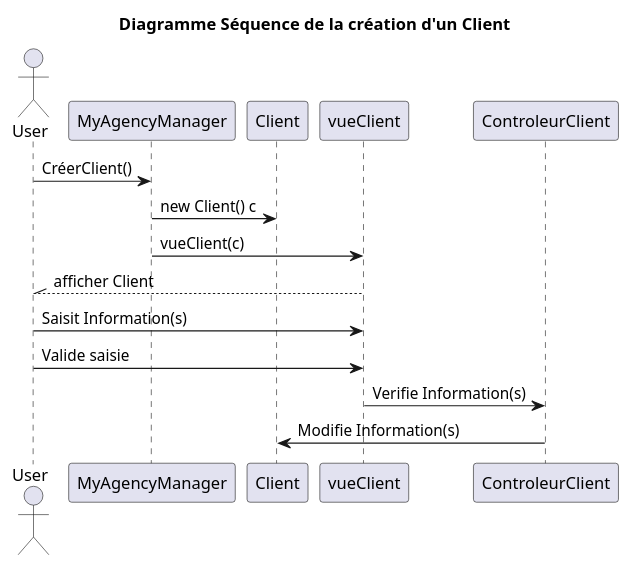
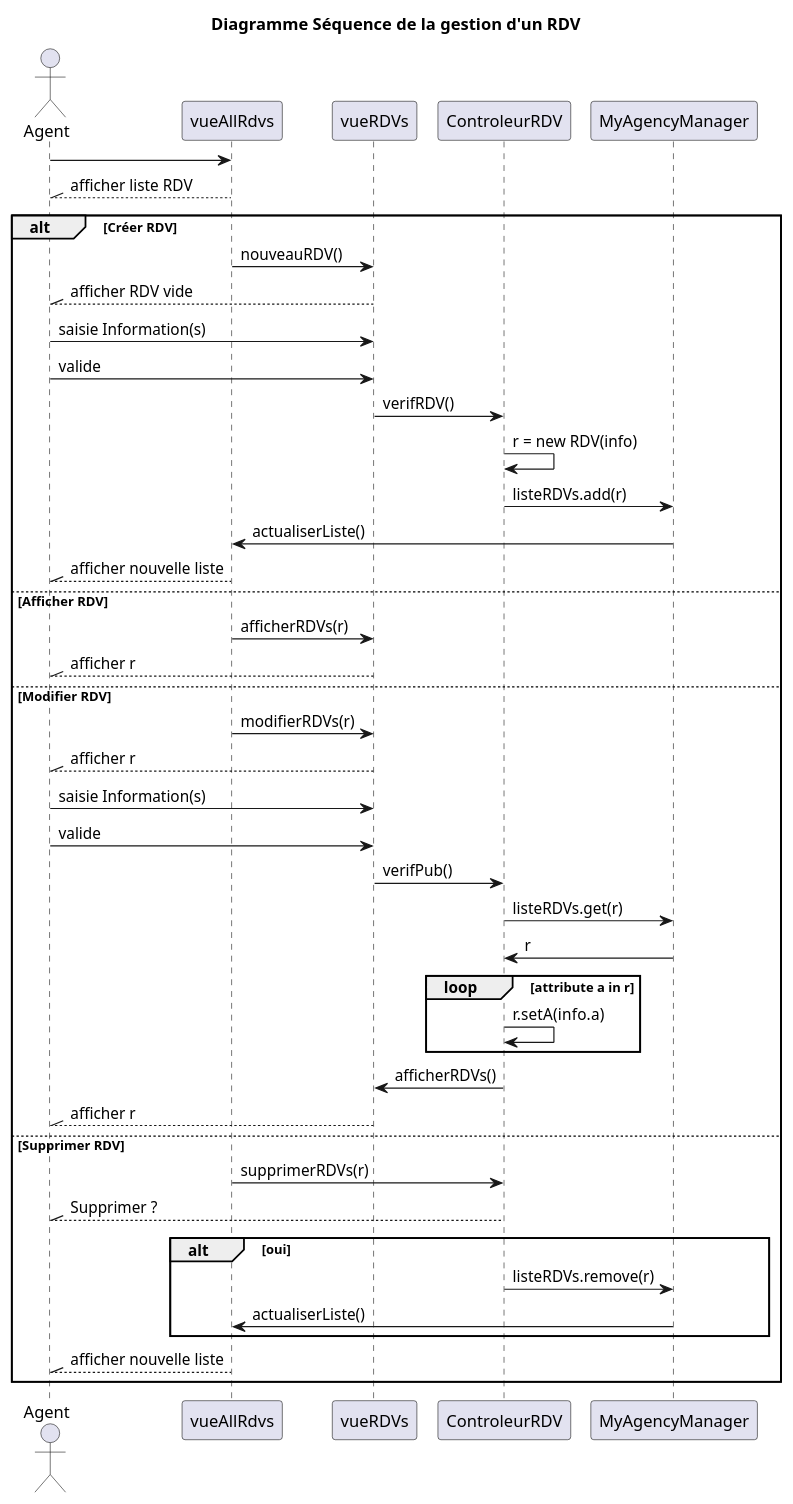
The diagram in DossierConception/SeqGererRDV.pu (Arnaud-Sibade-Tlse/ProjetUML_Miashs), drawn with PlantUML before and after one commit. The commit also changed 3 other files, not shown here.

Commit message:
SEQUENCE : Gestion Modele

```diff
--- a/DossierConception/SeqGererRDV.pu
+++ b/DossierConception/SeqGererRDV.pu
@@ -1,19 +1,63 @@
 @startuml
 
-title Diagramme Séquence de la création d'un Client
+title Diagramme Séquence de la gestion d'un RDV
 
-actor User as U
-U -> MyAgencyManager :CréerClient()
+actor Agent as A
 
-MyAgencyManager -> Client :new Client() c
 
-MyAgencyManager -> vueClient : vueClient(c)
+A -> vueAllRdvs 
+A //-- vueAllRdvs :afficher liste RDV
 
-U //-- vueClient :afficher Client
+alt Créer RDV
+vueAllRdvs -> vueRDVs :nouveauRDV()
 
-U -> vueClient :Saisit Information(s)
-U -> vueClient :Valide saisie
 
-vueClient -> ControleurClient :Verifie Information(s)
-ControleurClient -> Client :Modifie Information(s)
+A //-- vueRDVs :afficher RDV vide
+
+A -> vueRDVs : saisie Information(s)
+A -> vueRDVs : valide
+
+vueRDVs -> ControleurRDV : verifRDV()
+
+ControleurRDV -> ControleurRDV : r = new RDV(info)
+ControleurRDV -> MyAgencyManager : listeRDVs.add(r)
+
+MyAgencyManager -> vueAllRdvs : actualiserListe()
+
+A //-- vueAllRdvs : afficher nouvelle liste
+
+
+else Afficher RDV
+vueAllRdvs -> vueRDVs : afficherRDVs(r)
+A //-- vueRDVs :afficher r
+
+else Modifier RDV
+
+vueAllRdvs -> vueRDVs : modifierRDVs(r)
+A //-- vueRDVs :afficher r
+
+A -> vueRDVs : saisie Information(s)
+A -> vueRDVs : valide
+
+vueRDVs -> ControleurRDV : verifPub()
+
+ControleurRDV -> MyAgencyManager : listeRDVs.get(r)
+MyAgencyManager -> ControleurRDV : r
+
+loop attribute a in r
+ControleurRDV -> ControleurRDV :r.setA(info.a)
+end
+
+ControleurRDV -> vueRDVs : afficherRDVs()
+A //-- vueRDVs :afficher r
+else Supprimer RDV
+vueAllRdvs -> ControleurRDV : supprimerRDVs(r)
+A //-- ControleurRDV : Supprimer ?
+alt oui
+ControleurRDV -> MyAgencyManager : listeRDVs.remove(r)
+MyAgencyManager -> vueAllRdvs : actualiserListe()
+
+end
+A //-- vueAllRdvs : afficher nouvelle liste
+end
 @enduml
```
